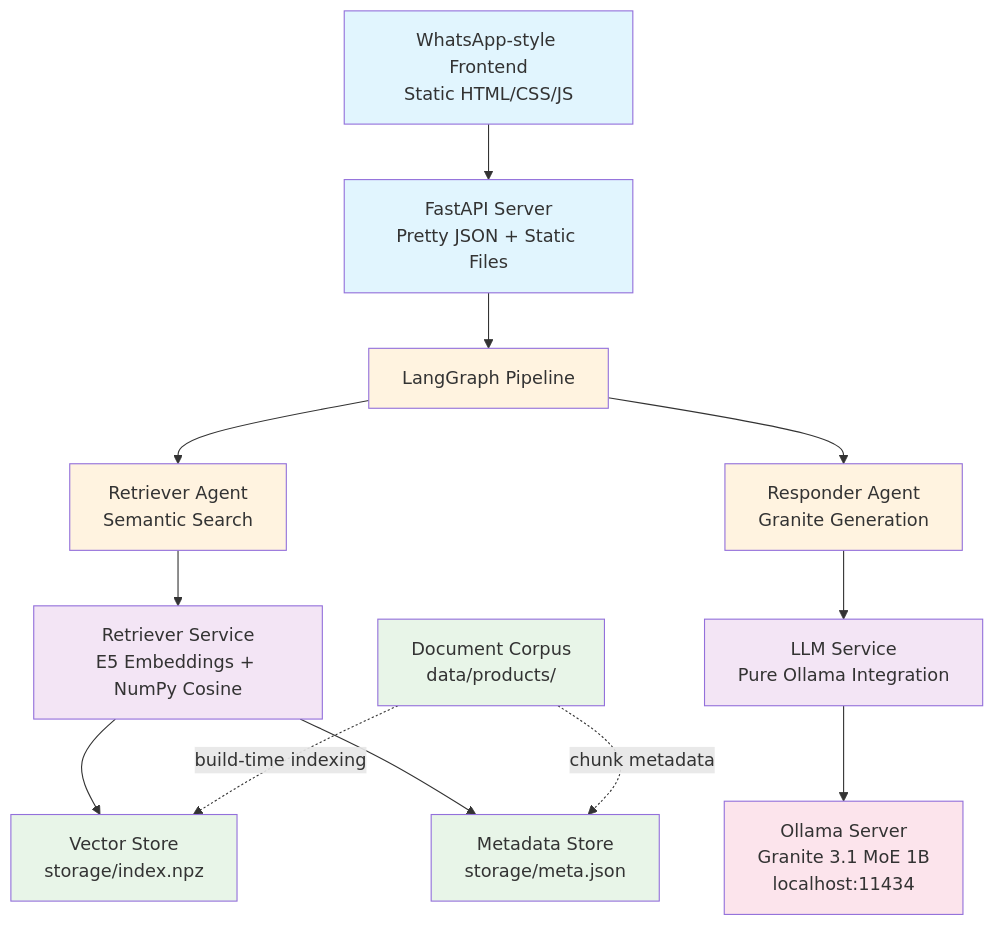
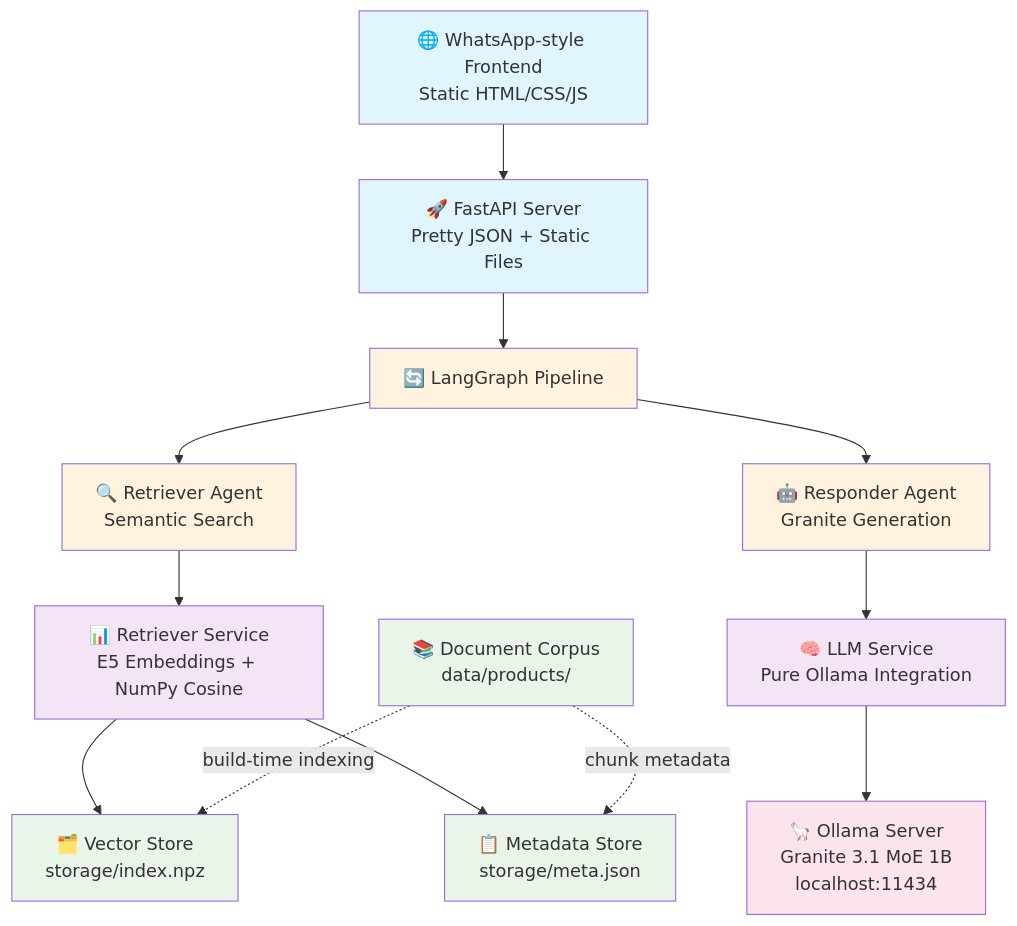
The diagram in README.md (lucianareynaud/rag-tech), drawn with Mermaid before and after one commit.

````diff
--- a/README.md
+++ b/README.md
@@ -43,51 +43,51 @@
 ```mermaid
 graph TB
     %% User Interface Layer
-    UI[WhatsApp-style Frontend<br/>Static HTML/CSS/JS]
-    API[FastAPI Server<br/>Pretty JSON + Static Files]
+    UI[🌐 WhatsApp-style Frontend<br/>Static HTML/CSS/JS]
+    API[🚀 FastAPI Server<br/>Pretty JSON + Static Files]
     
     %% Agent Pipeline Layer
-    Pipeline[LangGraph Pipeline]
-    RA[Retriever Agent<br/>Semantic Search]
-    RespA[Responder Agent<br/>Granite Generation]
+    Pipeline[🔄 LangGraph Pipeline]
+    RA[🔍 Retriever Agent<br/>Semantic Search]
+    RespA[🤖 Responder Agent<br/>Granite Generation]
     
     %% Core Services Layer
-    Retriever[Retriever Service<br/>E5 Embeddings + NumPy Cosine]
-    LLM[LLM Service<br/>Pure Ollama Integration]
+    Retriever[📊 Retriever Service<br/>E5 Embeddings + NumPy Cosine]
+    LLM[🧠 LLM Service<br/>Pure Ollama Integration]
     
     %% Data Layer
-    VectorStore[Vector Store<br/>storage/index.npz]
-    MetaStore[Metadata Store<br/>storage/meta.json]
-    Corpus[Document Corpus<br/>data/products/]
+    VectorStore[🗂️ Vector Store<br/>storage/index.npz]
+    MetaStore[📋 Metadata Store<br/>storage/meta.json]
+    Corpus[📚 Document Corpus<br/>data/products/]
     
     %% External Tools
-    Ollama[Ollama Server<br/>Granite 3.1 MoE 1B<br/>localhost:11434]
+    Ollama[🦙 Ollama Server<br/>Granite 3.1 MoE 1B<br/>localhost:11434]
     
     %% Flow connections
     UI --> API
     API --> Pipeline
     Pipeline --> RA
     Pipeline --> RespA
     RA --> Retriever
     RespA --> LLM
     Retriever --> VectorStore
     Retriever --> MetaStore
     LLM --> Ollama
     
     %% Data ingestion flow
     Corpus -.-> |build-time indexing| VectorStore
     Corpus -.-> |chunk metadata| MetaStore
     
     %% Styling
     classDef frontend fill:#e1f5fe
     classDef agent fill:#fff3e0
     classDef service fill:#f3e5f5
     classDef storage fill:#e8f5e8
     classDef external fill:#fce4ec
     
     class UI,API frontend
     class Pipeline,RA,RespA agent
     class Retriever,LLM service
     class VectorStore,MetaStore,Corpus storage
     class Ollama external
 ```
````
